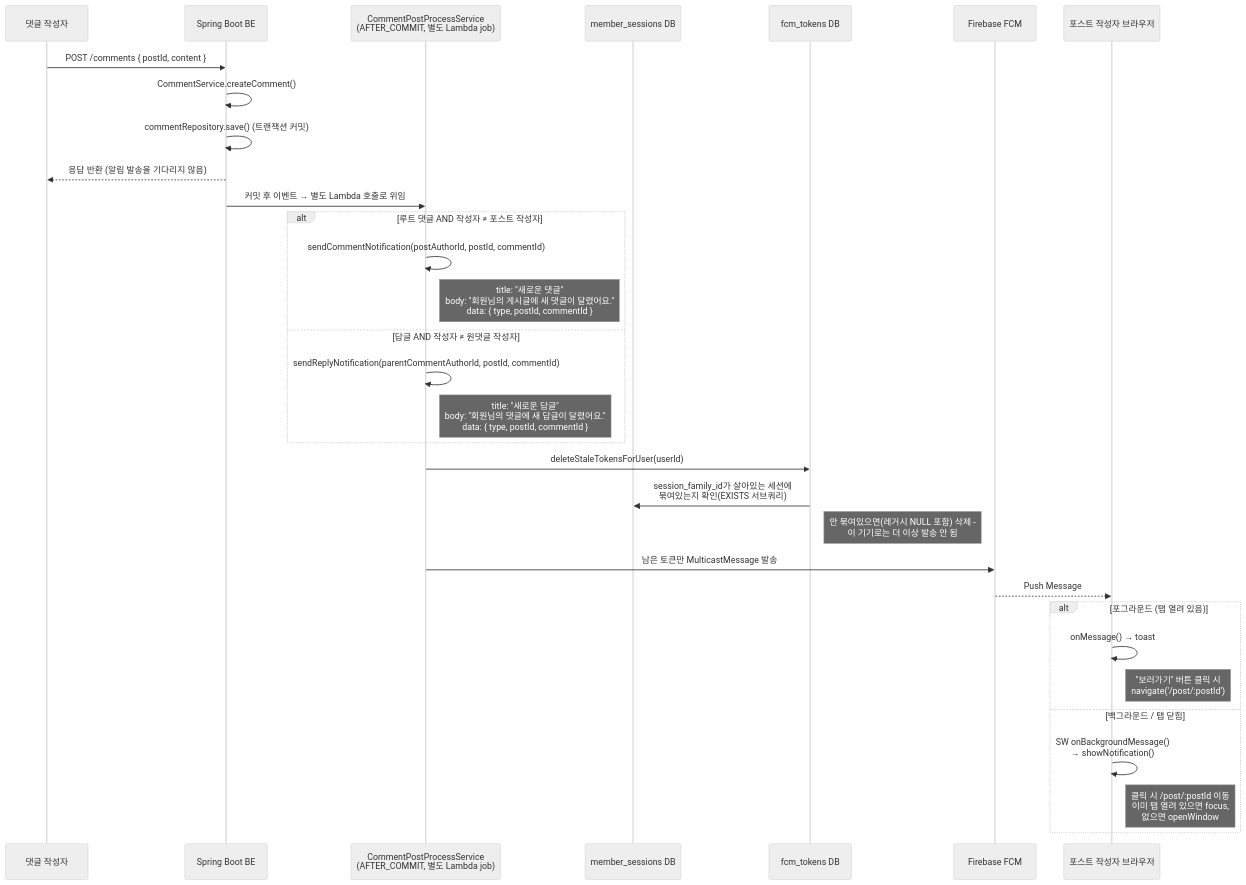
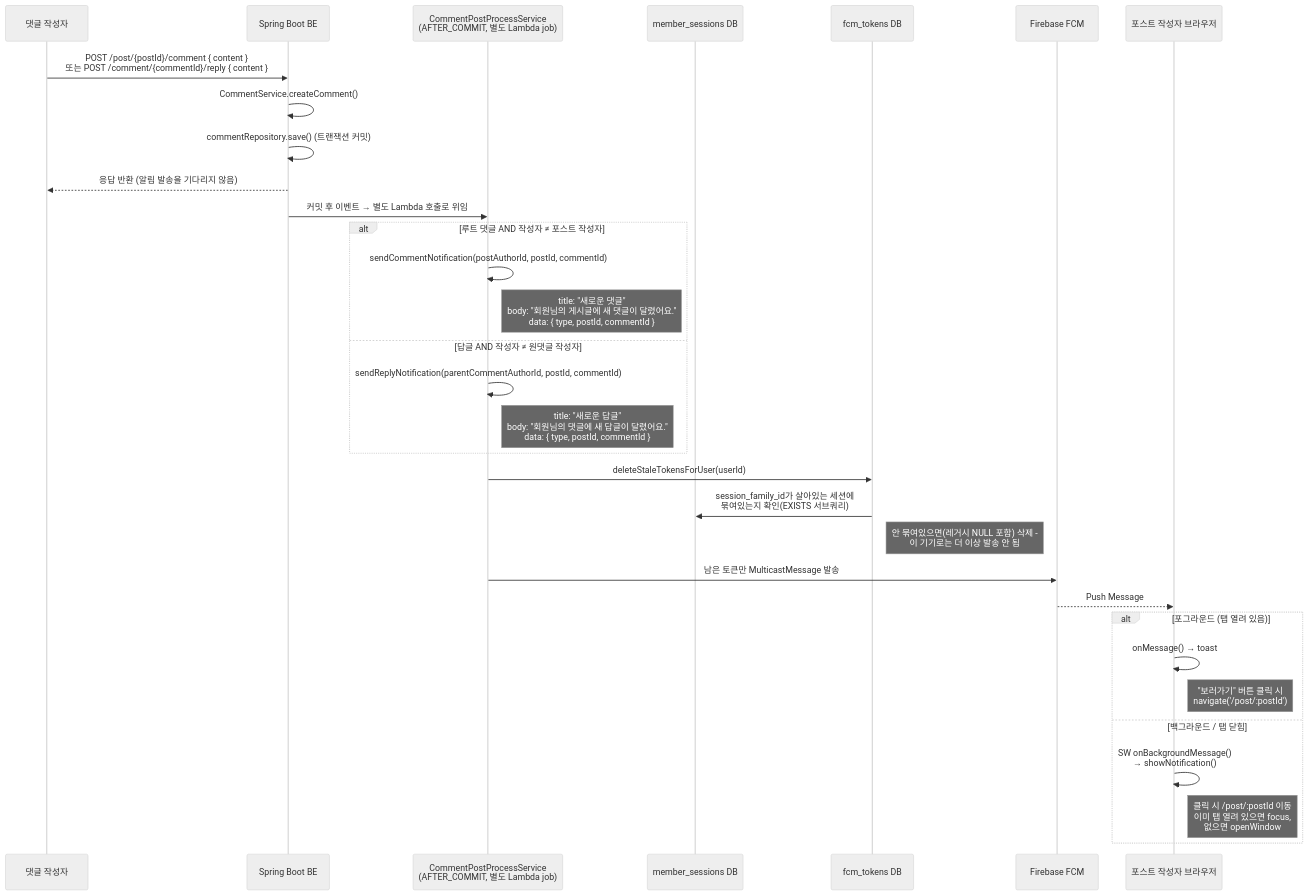
One commit to BAECHAN/link-sphere_FE_NEW changed the third of 3 diagrams in docs/FCM-PUSH-NOTIFICATION.md. Above: the diagram before and after it, drawn with Mermaid (neutral theme). The commit also changed other lines of this file and 26 other files, not shown here.

First line of the commit message:
docs(fe): AUTH·FE-ARCHITECTURE·CLAUDE.md 등 22개 문서 코드 동기화 (#251)

````diff
--- a/docs/FCM-PUSH-NOTIFICATION.md
+++ b/docs/FCM-PUSH-NOTIFICATION.md
@@ -163,39 +163,39 @@
 ```mermaid
 sequenceDiagram
   participant Commenter as 댓글 작성자
   participant BE as Spring Boot BE
   participant Job as CommentPostProcessService<br/>(AFTER_COMMIT, 별도 Lambda job)
   participant SessDB as member_sessions DB
   participant TokenDB as fcm_tokens DB
   participant FCM as Firebase FCM
   participant PostOwner as 포스트 작성자 브라우저
 
-  Commenter->>BE: POST /comments { postId, content }
+  Commenter->>BE: POST /post/{postId}/comment { content }<br/>또는 POST /comment/{commentId}/reply { content }
   BE->>BE: CommentService.createComment()
   BE->>BE: commentRepository.save() (트랜잭션 커밋)
   BE-->>Commenter: 응답 반환 (알림 발송을 기다리지 않음)
   BE->>Job: 커밋 후 이벤트 → 별도 Lambda 호출로 위임
 
   alt 루트 댓글 AND 작성자 ≠ 포스트 작성자
     Job->>Job: sendCommentNotification(postAuthorId, postId, commentId)
     Note right of Job: title: "새로운 댓글"<br/>body: "회원님의 게시글에 새 댓글이 달렸어요."<br/>data: { type, postId, commentId }
   else 답글 AND 작성자 ≠ 원댓글 작성자
     Job->>Job: sendReplyNotification(parentCommentAuthorId, postId, commentId)
     Note right of Job: title: "새로운 답글"<br/>body: "회원님의 댓글에 새 답글이 달렸어요."<br/>data: { type, postId, commentId }
   end
 
   Job->>TokenDB: deleteStaleTokensForUser(userId)
   TokenDB->>SessDB: session_family_id가 살아있는 세션에<br/>묶여있는지 확인(EXISTS 서브쿼리)
   Note right of TokenDB: 안 묶여있으면(레거시 NULL 포함) 삭제 -<br/>이 기기로는 더 이상 발송 안 됨
   Job->>FCM: 남은 토큰만 MulticastMessage 발송
 
   FCM-->>PostOwner: Push Message
 
   alt 포그라운드 (탭 열려 있음)
     PostOwner->>PostOwner: onMessage() → toast
     Note right of PostOwner: "보러가기" 버튼 클릭 시<br/>navigate('/post/:postId')
   else 백그라운드 / 탭 닫힘
     PostOwner->>PostOwner: SW onBackgroundMessage()<br/>→ showNotification()
     Note right of PostOwner: 클릭 시 /post/:postId 이동<br/>이미 탭 열려 있으면 focus,<br/>없으면 openWindow
   end
 ```
````
